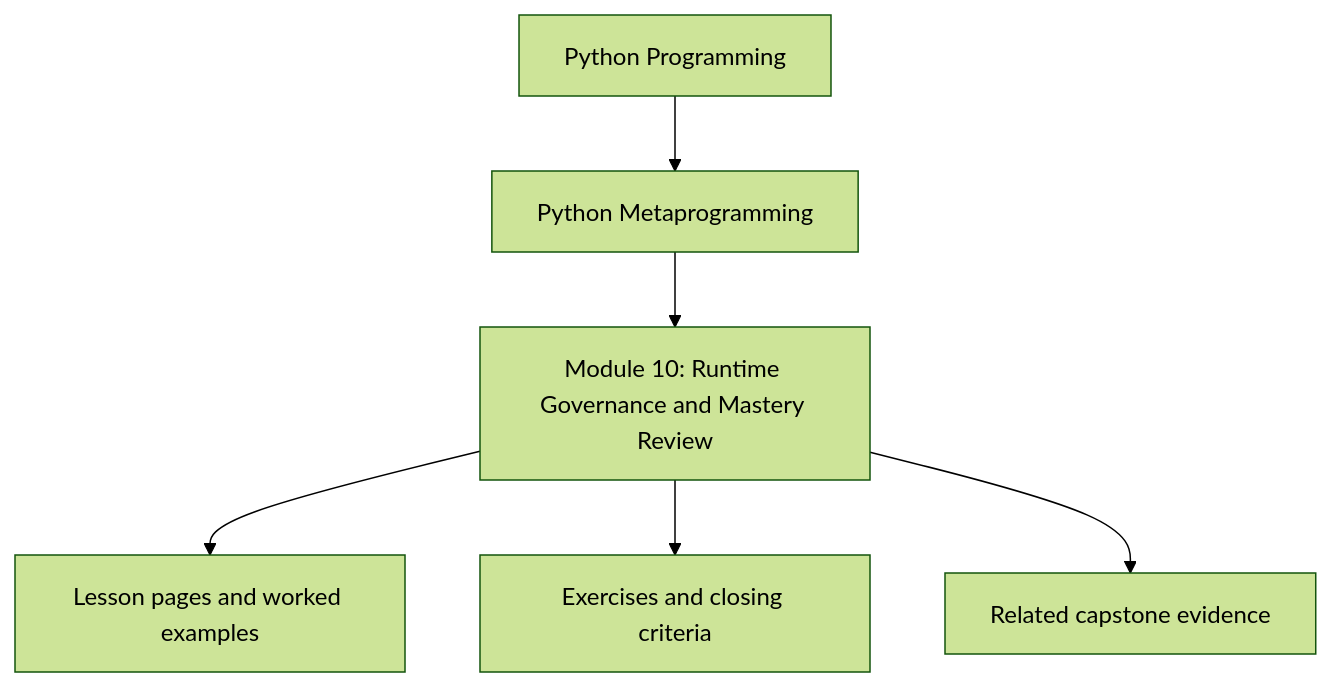
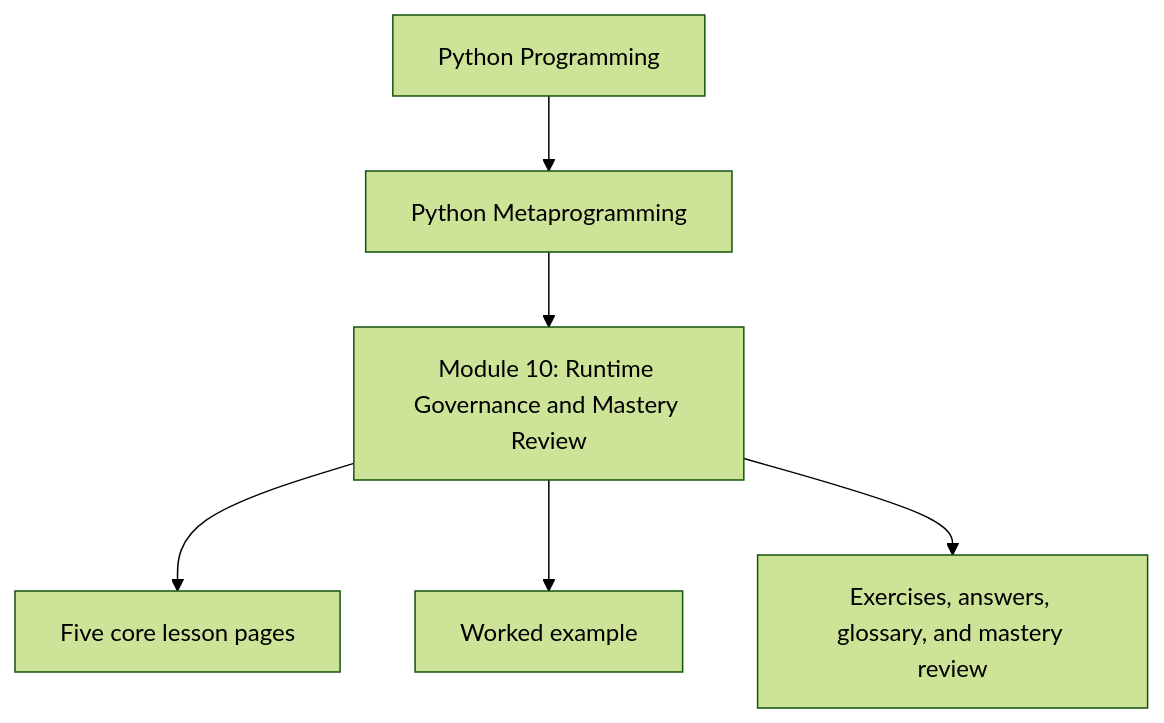
Before and after one commit to bijux/bijux-masterclass: the first of 2 diagrams in programs/python-programming/python-meta-programming/course-book/module-10-runtime-governance-mastery-review/index.md, drawn with Mermaid (forest theme). The commit also changed other lines of this file and 1 other file, not shown here.

Commit message:
docs(module-10): restructure overview and navigation

````diff
--- a/programs/python-programming/python-meta-programming/course-book/module-10-runtime-governance-mastery-review/index.md
+++ b/programs/python-programming/python-meta-programming/course-book/module-10-runtime-governance-mastery-review/index.md
@@ -8,8 +6,8 @@
 ```mermaid
 flowchart TD
   family["Python Programming"] --> program["Python Metaprogramming"]
   program --> module["Module 10: Runtime Governance and Mastery Review"]
-  module --> lessons["Lesson pages and worked examples"]
-  module --> checkpoints["Exercises and closing criteria"]
-  module --> capstone["Related capstone evidence"]
+  module --> cores["Five core lesson pages"]
+  module --> example["Worked example"]
+  module --> practice["Exercises, answers, glossary, and mastery review"]
 ```
````
